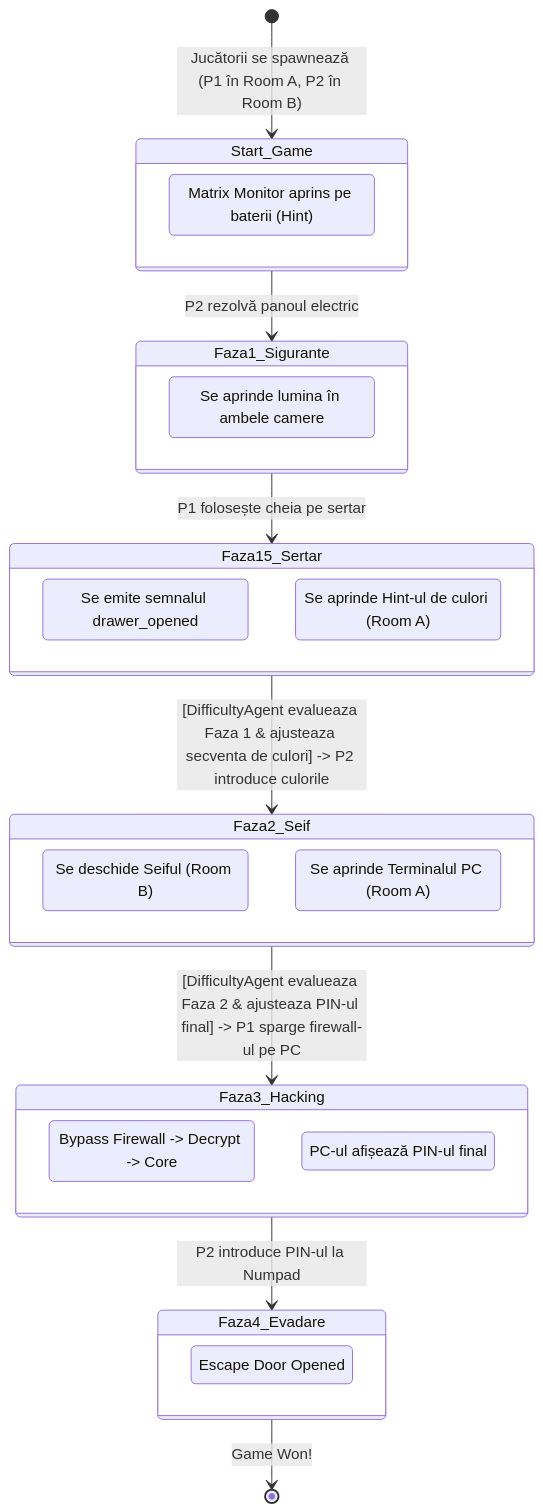
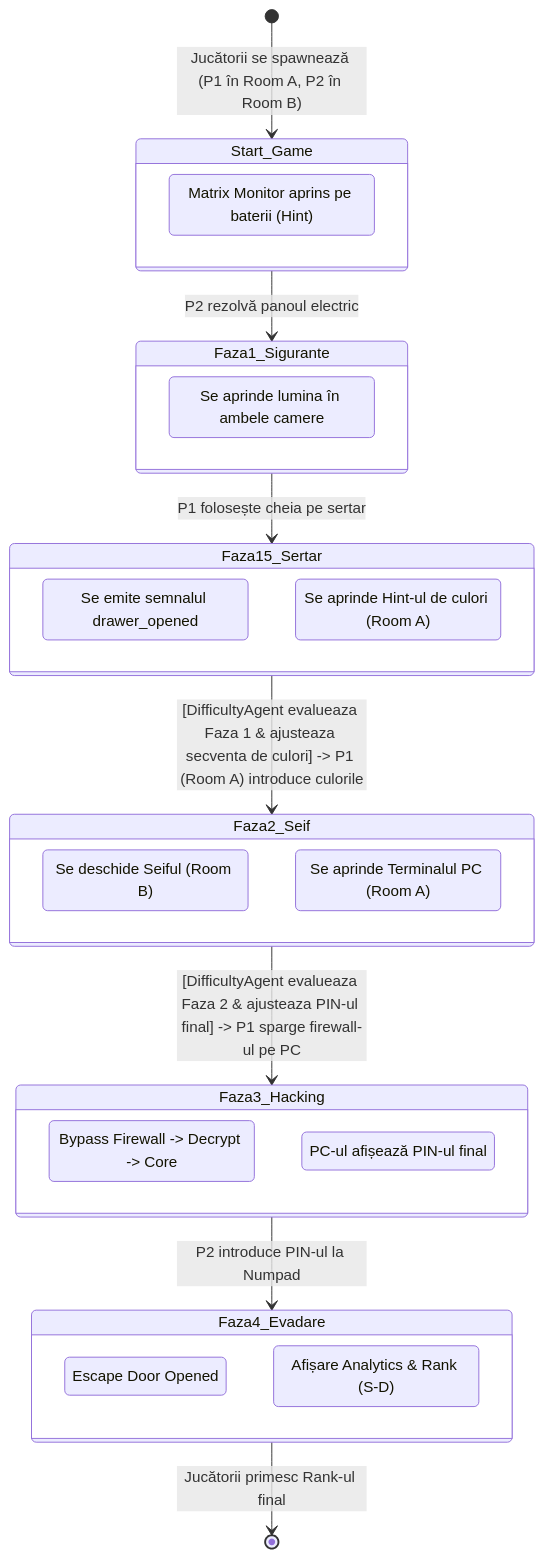
One commit to neica200/Echo-Chamber-Coop changed the second of 3 diagrams in diagrame_arhitectura.md. Above: the diagram before and after it, drawn with Mermaid. The commit also changed other lines of this file and 2 other files, not shown here.

````diff
--- a/diagrame_arhitectura.md
+++ b/diagrame_arhitectura.md
@@ -109,43 +119,44 @@
 ```mermaid
 stateDiagram-v2
     [*] --> Start_Game : Jucătorii se spawnează (P1 în Room A, P2 în Room B)
     
     state Start_Game {
         MatrixMonitor_Hint : Matrix Monitor aprins pe baterii (Hint)
     }
     
     Start_Game --> Faza1_Sigurante : P2 rezolvă panoul electric
     
     state Faza1_Sigurante {
         Lumina_ON : Se aprinde lumina în ambele camere
     }
     
     Faza1_Sigurante --> Faza15_Sertar : P1 folosește cheia pe sertar
     
     state Faza15_Sertar {
         Sertar_Deschis : Se emite semnalul drawer_opened
         Panou_Culori_Aprins : Se aprinde Hint-ul de culori (Room A)
     }
     
-    Faza15_Sertar --> Faza2_Seif : [DifficultyAgent evalueaza Faza 1 & ajusteaza secventa de culori] -> P2 introduce culorile
+    Faza15_Sertar --> Faza2_Seif : [DifficultyAgent evalueaza Faza 1 & ajusteaza secventa de culori] -> P1 (Room A) introduce culorile
     
     state Faza2_Seif {
         Seif_Deschis : Se deschide Seiful (Room B)
         Terminal_ON : Se aprinde Terminalul PC (Room A)
     }
     
     Faza2_Seif --> Faza3_Hacking : [DifficultyAgent evalueaza Faza 2 & ajusteaza PIN-ul final] -> P1 sparge firewall-ul pe PC
     
     state Faza3_Hacking {
         Terminal_Hacked : Bypass Firewall -> Decrypt -> Core
         PIN_Afisat : PC-ul afișează PIN-ul final
     }
     
     Faza3_Hacking --> Faza4_Evadare : P2 introduce PIN-ul la Numpad
     
     state Faza4_Evadare {
         Usa_Deschisa : Escape Door Opened
+        EndGame_Screen : Afișare Analytics & Rank (S-D)
     }
     
-    Faza4_Evadare --> [*] : Game Won!
+    Faza4_Evadare --> [*] : Jucătorii primesc Rank-ul final
 ```
````
